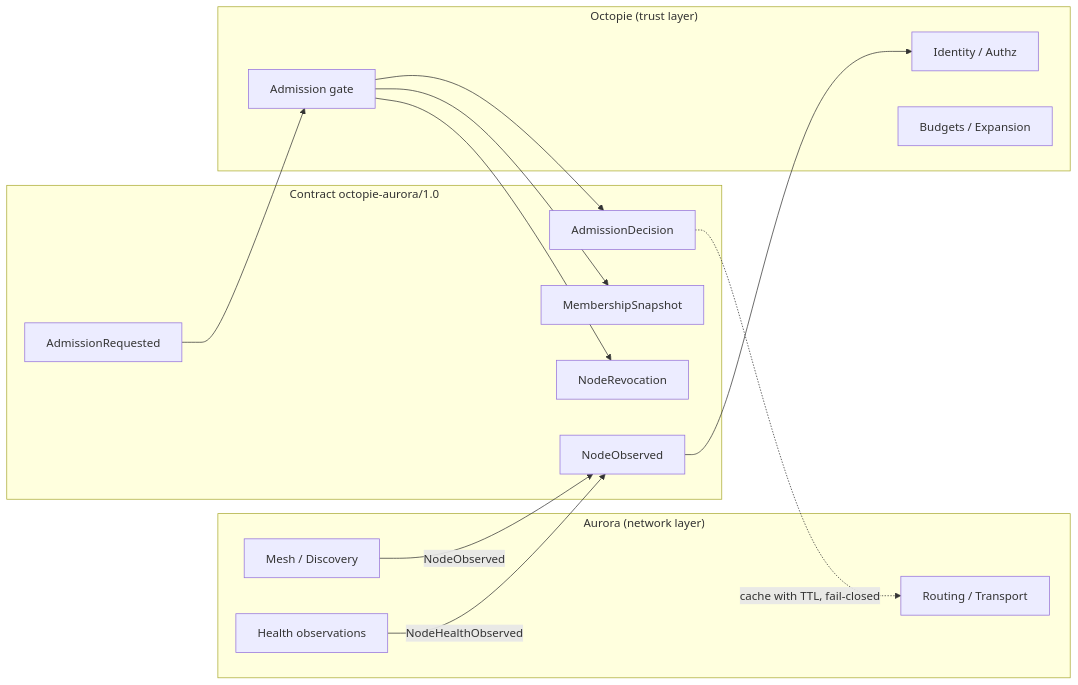
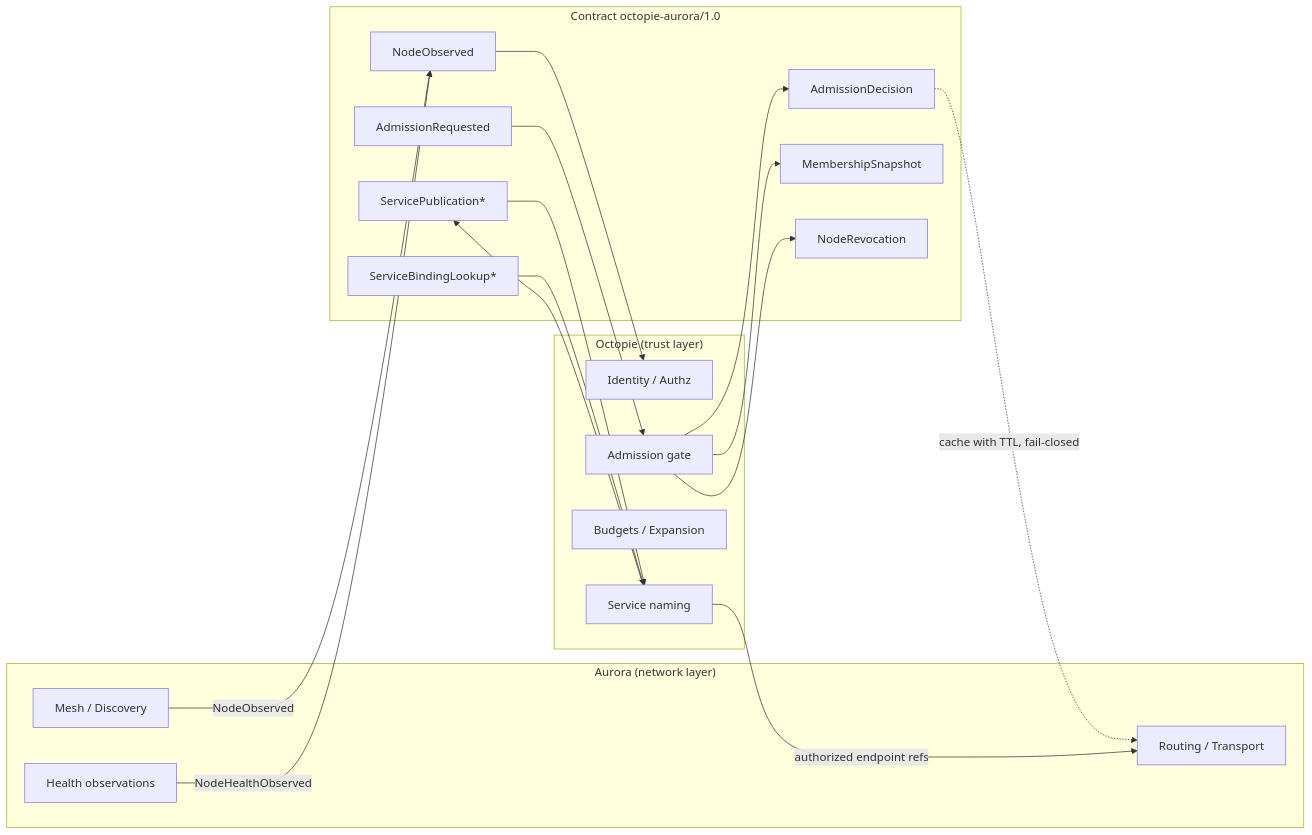
Before and after one commit to TheBabelDragon/Octopie: the diagram in docs/OCTOPIE_AURORA_CONTRACT.md, drawn with Mermaid. The commit also changed other lines of this file, not shown here.

Commit message:
docs: extend Aurora contract with service-naming messages and authority

````diff
--- a/docs/OCTOPIE_AURORA_CONTRACT.md
+++ b/docs/OCTOPIE_AURORA_CONTRACT.md
@@ -7,28 +7,35 @@
 ```mermaid
 flowchart LR
   subgraph Aurora["Aurora (network layer)"]
     Mesh[Mesh / Discovery]
     Route[Routing / Transport]
     Health[Health observations]
   end
   subgraph Contract["Contract octopie-aurora/1.0"]
     NO[NodeObserved]
     AR[AdmissionRequested]
     AD[AdmissionDecision]
     MS[MembershipSnapshot]
     NR[NodeRevocation]
+    SP[ServicePublication*]
+    SL[ServiceBindingLookup*]
   end
   subgraph Octopie["Octopie (trust layer)"]
     ID[Identity / Authz]
     Admit[Admission gate]
     Policy[Budgets / Expansion]
+    Naming[Service naming]
   end
   Mesh -->|NodeObserved| NO
   Health -->|NodeHealthObserved| NO
   NO --> ID
   AR --> Admit
   Admit --> AD
   Admit --> MS
   Admit --> NR
   AD -.->|cache with TTL, fail-closed| Route
+  SP --> Naming
+  Naming --> SP
+  SL --> Naming
+  Naming -->|authorized endpoint refs| Route
 ```
````
